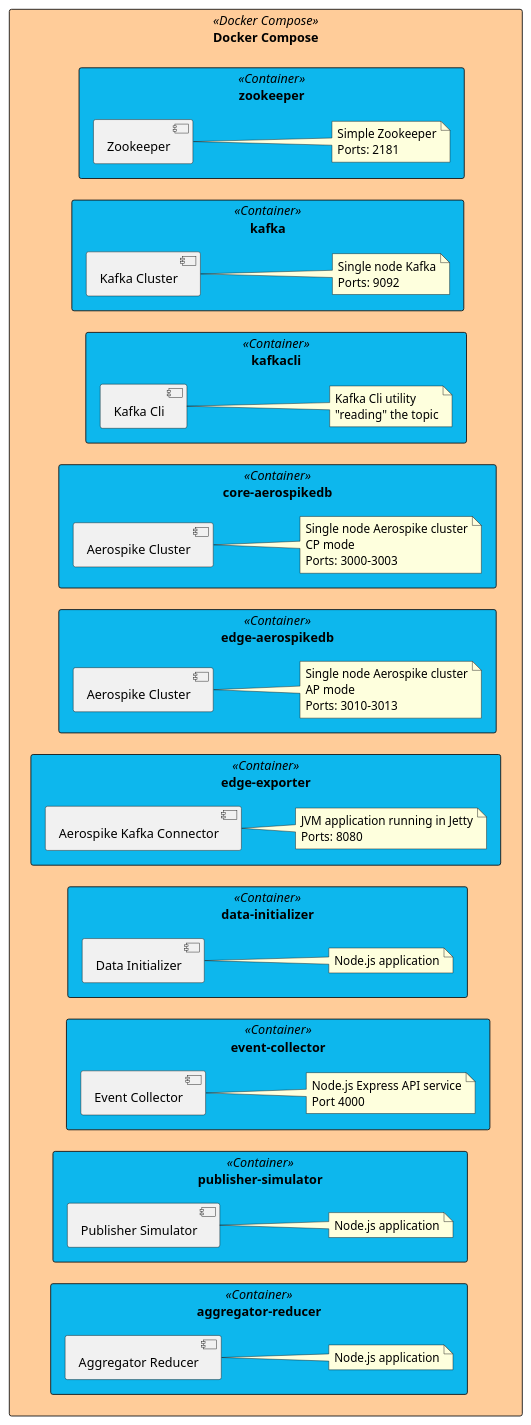
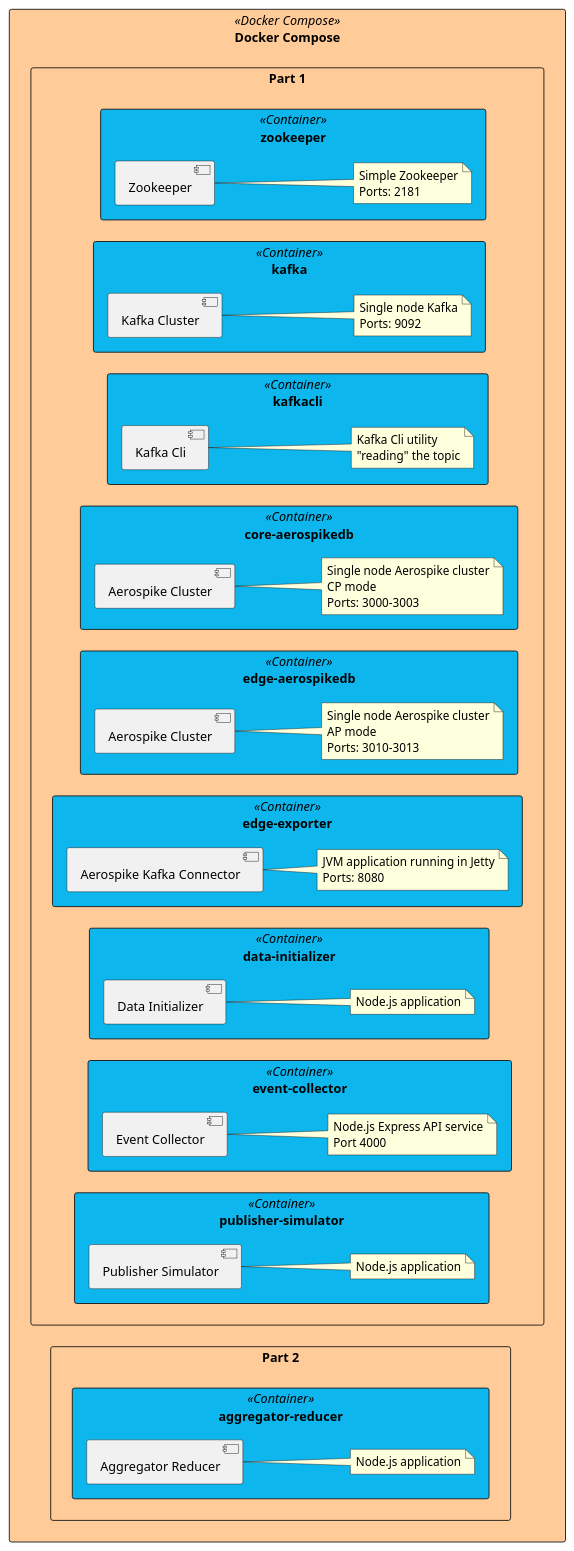
Before and after one commit to helipilot50/real-time-reporting-aerospike-kafka: the diagram in architecture/docker-compose-deployment-part-2.puml, drawn with PlantUML.

Commit message:
no message

```diff
--- a/architecture/docker-compose-deployment-part-2.puml
+++ b/architecture/docker-compose-deployment-part-2.puml
@@ -1,83 +1,87 @@
 @startuml
 left to right direction
 skinparam componentStyle uml2
 skinparam rectangle {
     backgroundColor<<Container>> #0db7ed
     backgroundColor<<Docker Compose>> #FFCC99
 }
 
 rectangle "Docker Compose" <<Docker Compose>> {
-    rectangle "zookeeper" <<Container>>{
-        [Zookeeper]
-        note right of [Zookeeper]
-        Simple Zookeeper
-        Ports: 2181
-        end note
+    rectangle "Part 1" {
+        rectangle "zookeeper" <<Container>>{
+            [Zookeeper]
+            note right of [Zookeeper]
+            Simple Zookeeper
+            Ports: 2181
+            end note
+        }
+        rectangle "kafka" <<Container>>{
+            [Kafka Cluster]
+            note right of [Kafka Cluster]
+            Single node Kafka
+            Ports: 9092
+            end note
+        }
+        rectangle "kafkacli" <<Container>>{
+            [Kafka Cli]
+            note right of [Kafka Cli]
+            Kafka Cli utility 
+            "reading" the topic
+            end note
+        }
+        rectangle "core-aerospikedb" <<Container>>{
+            [Aerospike Cluster] as core
+            note right of core
+            Single node Aerospike cluster
+            CP mode
+            Ports: 3000-3003
+            end note
+        }
+        rectangle "edge-aerospikedb" <<Container>>{
+            [Aerospike Cluster] as edge
+            note right of edge
+            Single node Aerospike cluster
+            AP mode
+            Ports: 3010-3013
+            end note
+        }
+        rectangle "edge-exporter" <<Container>>{
+            [Aerospike Kafka Connector]
+            note right of [Aerospike Kafka Connector]
+            JVM application running in Jetty
+            Ports: 8080
+            end note
+
+        }
+        rectangle "data-initializer" <<Container>>{
+            [Data Initializer]
+            note right of [Data Initializer]
+            Node.js application
+            end note
+        }
+        rectangle "event-collector" <<Container>>{
+            [Event Collector]
+            note right of [Event Collector]
+            Node.js Express API service
+            Port 4000
+            end note
+        }
+        rectangle "publisher-simulator" <<Container>>{
+            [Publisher Simulator]
+            note right of [Publisher Simulator]
+            Node.js application
+            end note
+        }
     }
-    rectangle "kafka" <<Container>>{
-        [Kafka Cluster]
-        note right of [Kafka Cluster]
-        Single node Kafka
-        Ports: 9092
-        end note
-    }
-    rectangle "kafkacli" <<Container>>{
-        [Kafka Cli]
-        note right of [Kafka Cli]
-        Kafka Cli utility 
-        "reading" the topic
-        end note
-    }
-    rectangle "core-aerospikedb" <<Container>>{
-        [Aerospike Cluster] as core
-        note right of core
-        Single node Aerospike cluster
-        CP mode
-        Ports: 3000-3003
-        end note
-    }
-    rectangle "edge-aerospikedb" <<Container>>{
-        [Aerospike Cluster] as edge
-        note right of edge
-        Single node Aerospike cluster
-        AP mode
-        Ports: 3010-3013
-        end note
-    }
-    rectangle "edge-exporter" <<Container>>{
-        [Aerospike Kafka Connector]
-        note right of [Aerospike Kafka Connector]
-        JVM application running in Jetty
-        Ports: 8080
-        end note
-
-    }
-    rectangle "data-initializer" <<Container>>{
-        [Data Initializer]
-        note right of [Data Initializer]
-        Node.js application
-        end note
-    }
-    rectangle "event-collector" <<Container>>{
-        [Event Collector]
-        note right of [Event Collector]
-        Node.js Express API service
-        Port 4000
-        end note
-    }
-    rectangle "publisher-simulator" <<Container>>{
-        [Publisher Simulator]
-        note right of [Publisher Simulator]
-        Node.js application
-        end note
-    }
-    rectangle "aggregator-reducer" <<Container>>{
-        [Aggregator Reducer]
-        note right of [Aggregator Reducer]
-        Node.js application
-        end note
+    rectangle "Part 2"{
+        rectangle "aggregator-reducer" <<Container>>{
+            [Aggregator Reducer]
+            note right of [Aggregator Reducer]
+            Node.js application
+            end note
+        }
     }
 }
 
 
 @enduml
```
